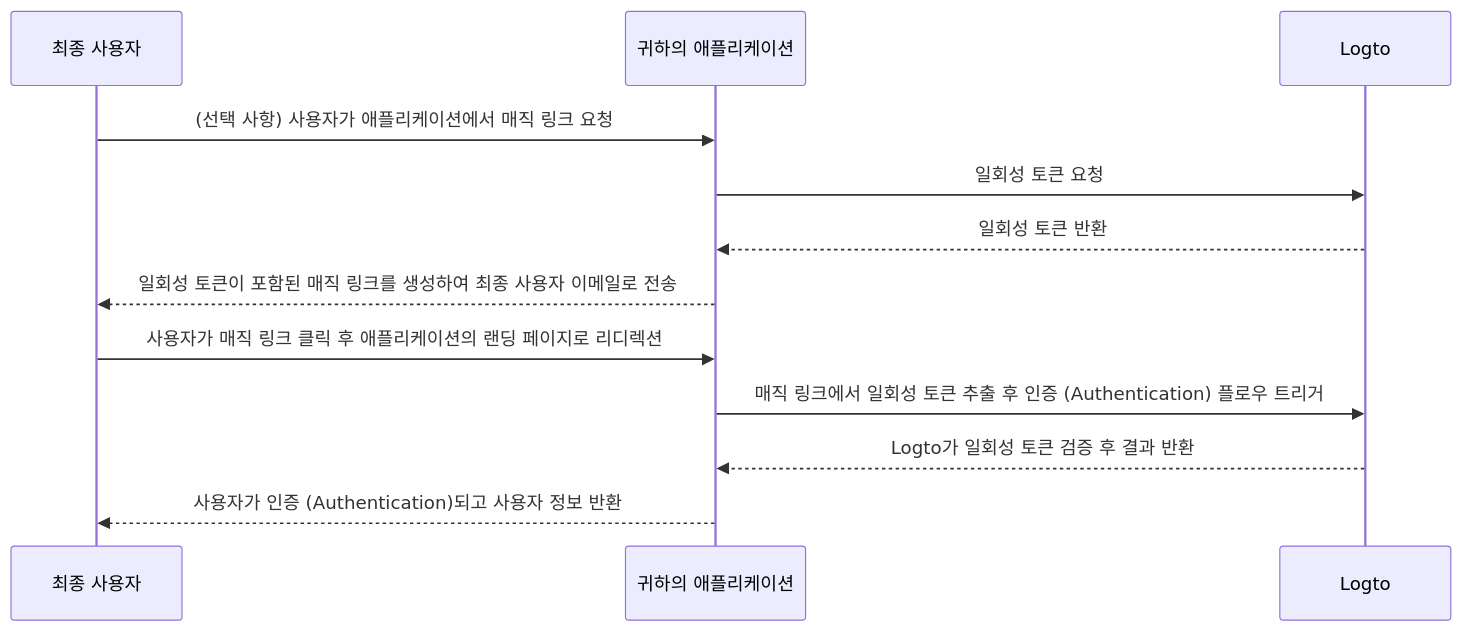
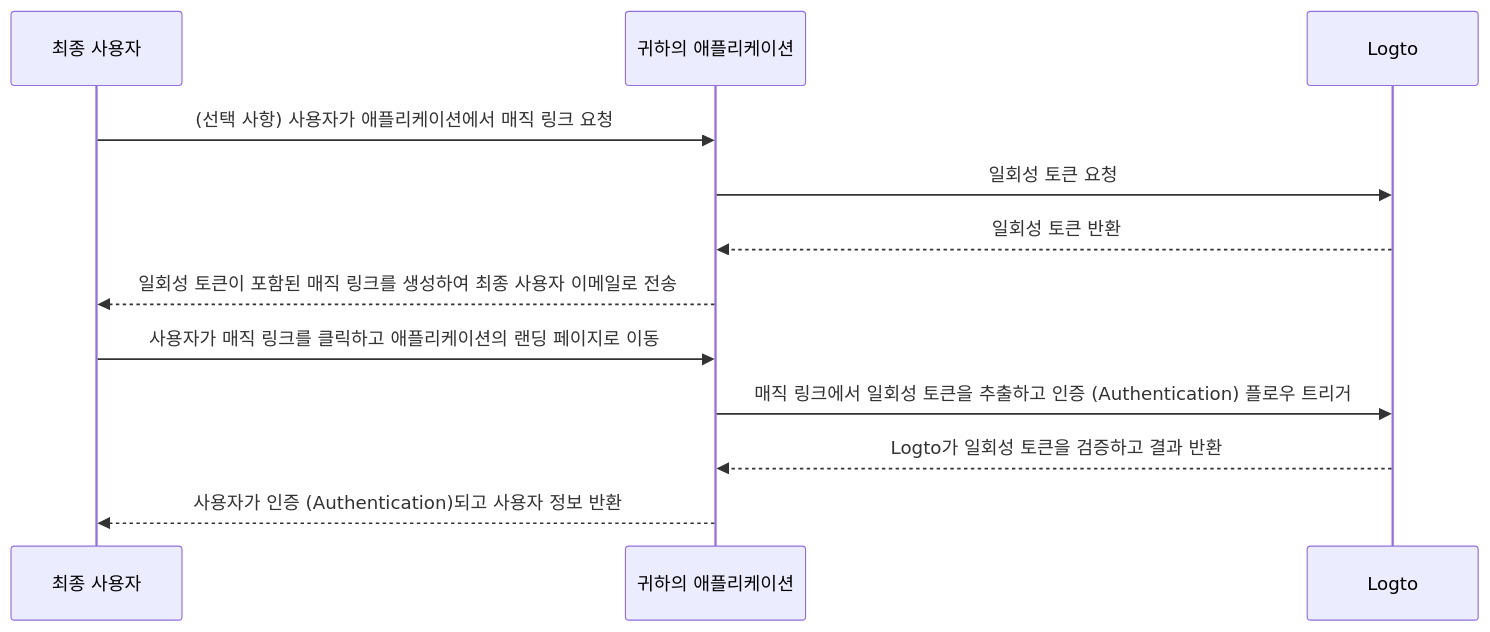
Before and after one commit to logto-io/docs: the diagram in i18n/ko/docusaurus-plugin-content-docs/current/end-user-flows/one-time-token.mdx, drawn with Mermaid. The commit also changed other lines of this file and 46 other files, not shown here.

````diff
--- a/i18n/ko/docusaurus-plugin-content-docs/current/end-user-flows/one-time-token.mdx
+++ b/i18n/ko/docusaurus-plugin-content-docs/current/end-user-flows/one-time-token.mdx
@@ -24,15 +24,15 @@
 ```mermaid
 sequenceDiagram
   participant U as 최종 사용자
   participant C as 귀하의 애플리케이션
   participant L as Logto
 
   U ->> C: (선택 사항) 사용자가 애플리케이션에서 매직 링크 요청
   C ->> L: 일회성 토큰 요청
   L -->> C: 일회성 토큰 반환
   C -->> U: 일회성 토큰이 포함된 매직 링크를 생성하여 최종 사용자 이메일로 전송
-  U ->> C: 사용자가 매직 링크 클릭 후 애플리케이션의 랜딩 페이지로 리디렉션
-  C ->> L: 매직 링크에서 일회성 토큰 추출 후 인증 (Authentication) 플로우 트리거
-  L -->> C: Logto가 일회성 토큰 검증 후 결과 반환
+  U ->> C: 사용자가 매직 링크를 클릭하고 애플리케이션의 랜딩 페이지로 이동
+  C ->> L: 매직 링크에서 일회성 토큰을 추출하고 인증 (Authentication) 플로우 트리거
+  L -->> C: Logto가 일회성 토큰을 검증하고 결과 반환
   C -->> U: 사용자가 인증 (Authentication)되고 사용자 정보 반환
 ```
````
